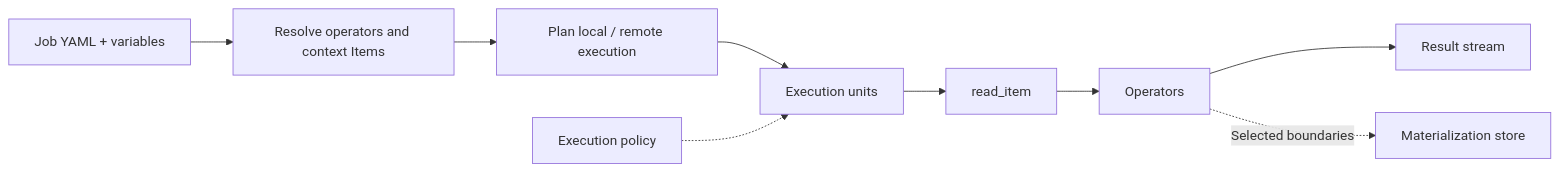
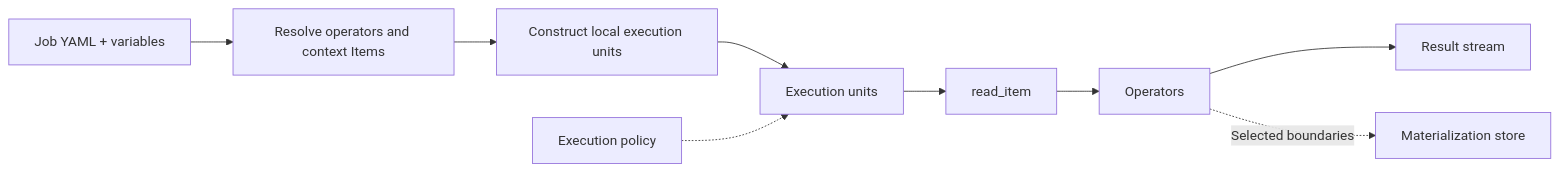
Before and after one commit to rdcn-link/xstream-codex: the diagram in docs/xstream.md, drawn with Mermaid. The commit also changed other lines of this file and 98 other files, not shown here.

Commit message:
Keep execution local and improve Designer targets and examples

````diff
--- a/docs/xstream.md
+++ b/docs/xstream.md
@@ -109,9 +109,9 @@
 ```mermaid
 flowchart LR
   Job["Job YAML + variables"] --> Resolve["Resolve operators and context Items"]
-  Resolve --> Plan["Plan local / remote execution"]
+  Resolve --> Plan["Construct local execution units"]
   Plan --> Units["Execution units"]
   Units --> Source["read_item"] --> Process["Operators"] --> Result["Result stream"]
   Policy["Execution policy"] -.-> Units
   Process -. "Selected boundaries" .-> Store["Materialization store"]
 ```
````
